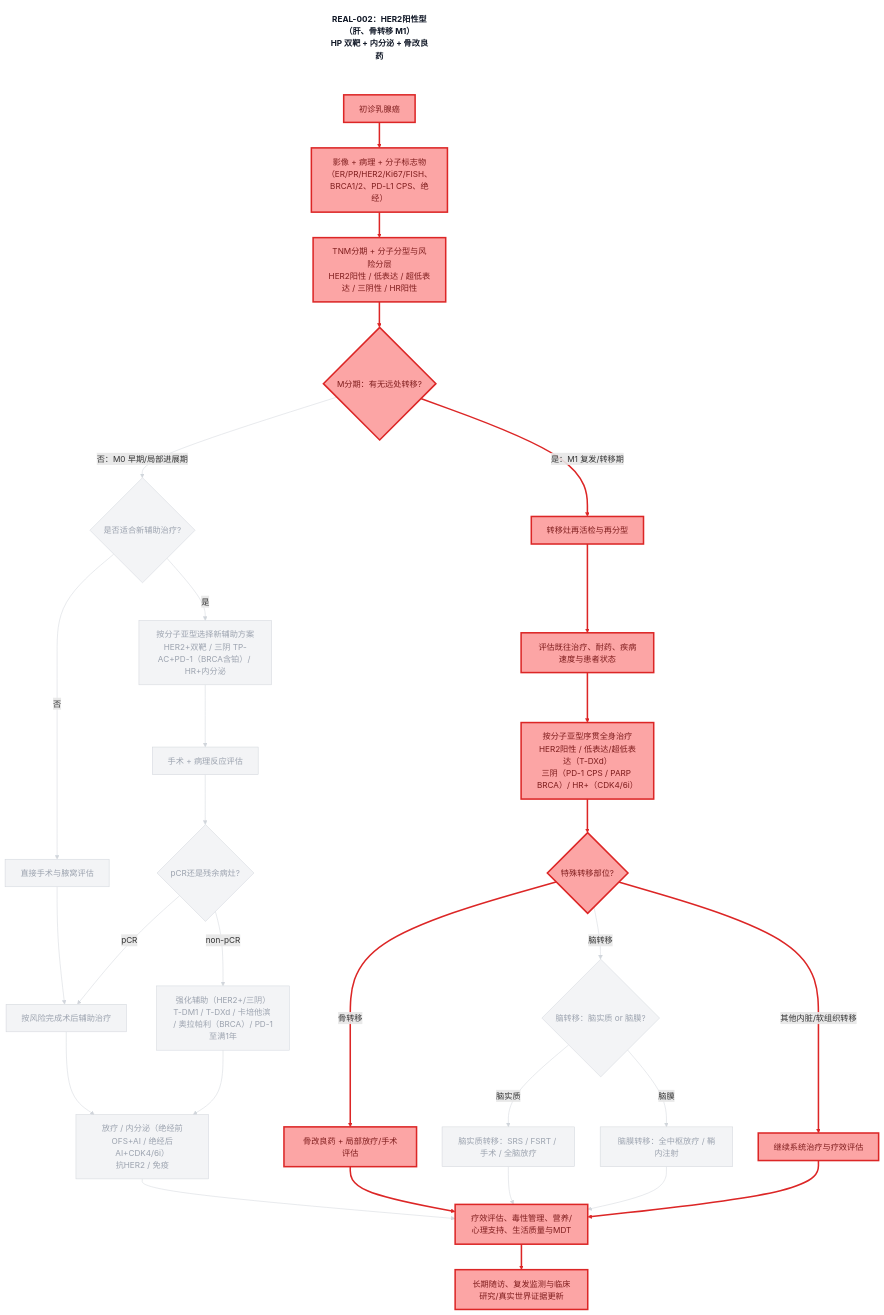
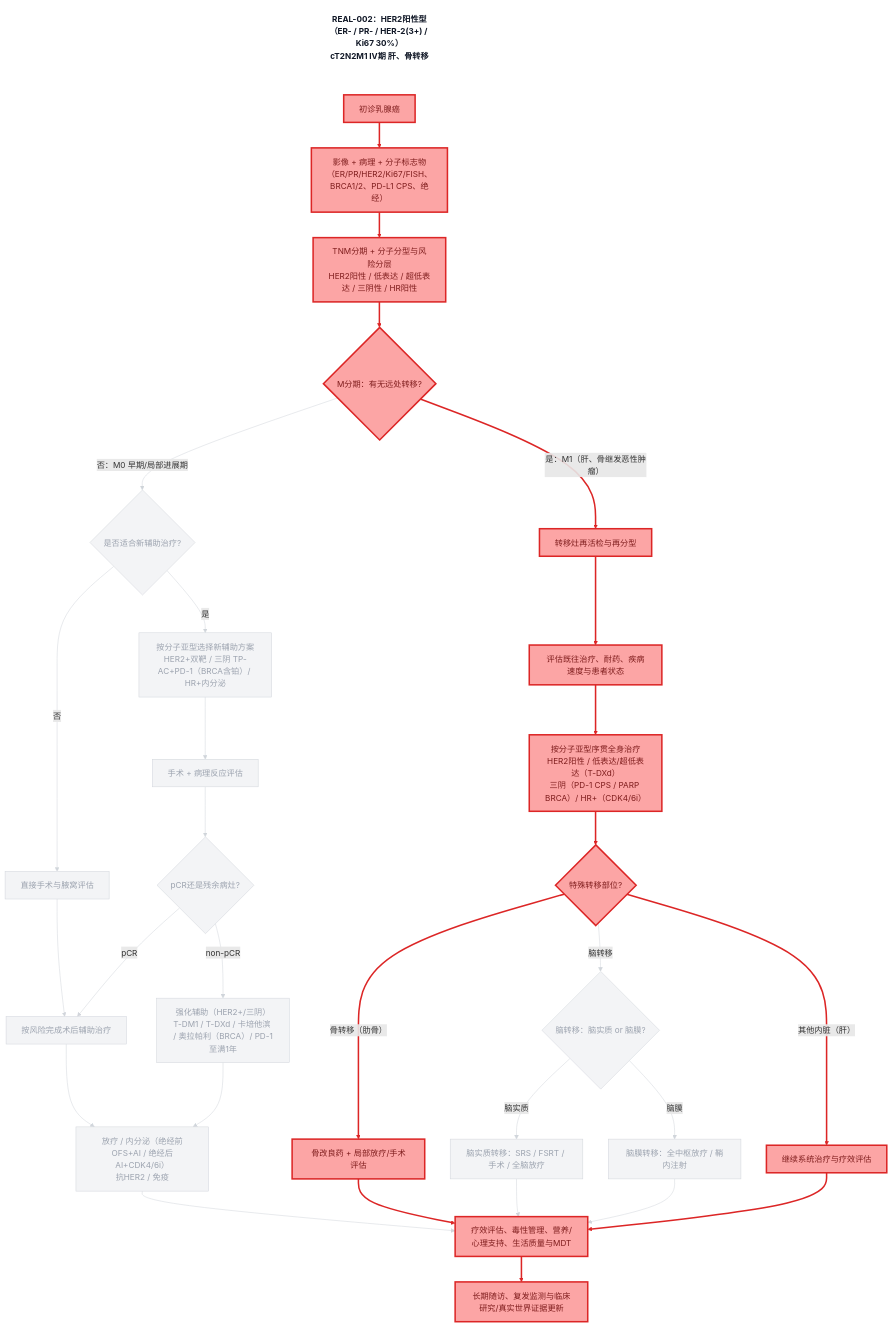
The diagram in diagrams/decision-chain-REAL-002.mmd (dongjb741280/breast-cancer), drawn with Mermaid before and after one commit. The commit also changed 21 other files, not shown here.

First line of the commit message:
Show raw evidence on decision-chain diagrams

```diff
--- a/diagrams/decision-chain-REAL-002.mmd
+++ b/diagrams/decision-chain-REAL-002.mmd
@@ -1,109 +1,109 @@
 graph TD
-    TITLE["REAL-002：HER2阳性型（肝、骨转移 M1）<br/>HP 双靶 + 内分泌 + 骨改良药"]
+    TITLE["REAL-002：HER2阳性型（ER- / PR- / HER-2(3+) / Ki67 30%）<br/>cT2N2M1 Ⅳ期 肝、骨转移"]
     A[初诊乳腺癌]
     B[影像 + 病理 + 分子标志物<br/>（ER/PR/HER2/Ki67/FISH、BRCA1/2、PD-L1 CPS、绝经）]
     C[TNM分期 + 分子分型与风险分层<br/>HER2阳性 / 低表达 / 超低表达 / 三阴性 / HR阳性]
     D{M分期：有无远处转移?}
     E{是否适合新辅助治疗?}
     F[按分子亚型选择新辅助方案<br/>HER2+双靶 / 三阴 TP-AC+PD-1（BRCA含铂）/ HR+内分泌]
     G[直接手术与腋窝评估]
     H[手术 + 病理反应评估]
     I{pCR还是残余病灶?}
     J[按风险完成术后辅助治疗]
     K[强化辅助（HER2+/三阴）<br/>T-DM1 / T-DXd / 卡培他滨 / 奥拉帕利（BRCA）/ PD-1至满1年]
     L[放疗 / 内分泌（绝经前OFS+AI / 绝经后AI+CDK4/6i）<br/>抗HER2 / 免疫]
     M[转移灶再活检与再分型]
     N[评估既往治疗、耐药、疾病速度与患者状态]
     O[按分子亚型序贯全身治疗<br/>HER2阳性 / 低表达/超低表达（T-DXd）<br/>三阴（PD-1 CPS / PARP BRCA）/ HR+（CDK4/6i）]
     P{特殊转移部位?}
     Q[骨改良药 + 局部放疗/手术评估]
     R{脑转移：脑实质 or 脑膜?}
     R1[脑实质转移：SRS / FSRT / 手术 / 全脑放疗]
     R2[脑膜转移：全中枢放疗 / 鞘内注射]
     S[继续系统治疗与疗效评估]
     T[疗效评估、毒性管理、营养/心理支持、生活质量与MDT]
     U[长期随访、复发监测与临床研究/真实世界证据更新]
     A --> B
     B --> C
     C --> D
     D -->|否：M0 早期/局部进展期| E
     E -->|是| F
     E -->|否| G
     F --> H
     G --> J
     H --> I
     I -->|pCR| J
     I -->|non-pCR| K
     J --> L
     K --> L
-    D -->|是：M1 复发/转移期| M
+    D -->|是：M1（肝、骨继发恶性肿瘤）| M
     M --> N
     N --> O
     O --> P
-    P -->|骨转移| Q
+    P -->|骨转移（肋骨）| Q
     P -->|脑转移| R
-    P -->|其他内脏/软组织转移| S
+    P -->|其他内脏（肝）| S
     R -->|脑实质| R1
     R -->|脑膜| R2
     L --> T
     Q --> T
     R1 --> T
     R2 --> T
     S --> T
     T --> U
     TITLE ~~~ A
     classDef path fill:#fca5a5,stroke:#dc2626,color:#7f1d1d,stroke-width:3px;
     classDef dim fill:#f3f4f6,stroke:#d1d5db,color:#9ca3af,stroke-width:1px;
     classDef caption fill:#fff,stroke:none,color:#111827,font-weight:bold;
     class TITLE caption;
     class A path;
     class B path;
     class C path;
     class D path;
     class E dim;
     class F dim;
     class G dim;
     class H dim;
     class I dim;
     class J dim;
     class K dim;
     class L dim;
     class M path;
     class N path;
     class O path;
     class P path;
     class Q path;
     class R dim;
     class R1 dim;
     class R2 dim;
     class S path;
     class T path;
     class U path;
     linkStyle 0 stroke:#dc2626,stroke-width:3px;
     linkStyle 1 stroke:#dc2626,stroke-width:3px;
     linkStyle 2 stroke:#dc2626,stroke-width:3px;
     linkStyle 3 stroke:#d1d5db,stroke-width:1px;
     linkStyle 4 stroke:#d1d5db,stroke-width:1px;
     linkStyle 5 stroke:#d1d5db,stroke-width:1px;
     linkStyle 6 stroke:#d1d5db,stroke-width:1px;
     linkStyle 7 stroke:#d1d5db,stroke-width:1px;
     linkStyle 8 stroke:#d1d5db,stroke-width:1px;
     linkStyle 9 stroke:#d1d5db,stroke-width:1px;
     linkStyle 10 stroke:#d1d5db,stroke-width:1px;
     linkStyle 11 stroke:#d1d5db,stroke-width:1px;
     linkStyle 12 stroke:#d1d5db,stroke-width:1px;
     linkStyle 13 stroke:#dc2626,stroke-width:3px;
     linkStyle 14 stroke:#dc2626,stroke-width:3px;
     linkStyle 15 stroke:#dc2626,stroke-width:3px;
     linkStyle 16 stroke:#dc2626,stroke-width:3px;
     linkStyle 17 stroke:#dc2626,stroke-width:3px;
     linkStyle 18 stroke:#d1d5db,stroke-width:1px;
     linkStyle 19 stroke:#dc2626,stroke-width:3px;
     linkStyle 20 stroke:#d1d5db,stroke-width:1px;
     linkStyle 21 stroke:#d1d5db,stroke-width:1px;
     linkStyle 22 stroke:#d1d5db,stroke-width:1px;
     linkStyle 23 stroke:#dc2626,stroke-width:3px;
     linkStyle 24 stroke:#d1d5db,stroke-width:1px;
     linkStyle 25 stroke:#d1d5db,stroke-width:1px;
     linkStyle 26 stroke:#dc2626,stroke-width:3px;
     linkStyle 27 stroke:#dc2626,stroke-width:3px;
```
